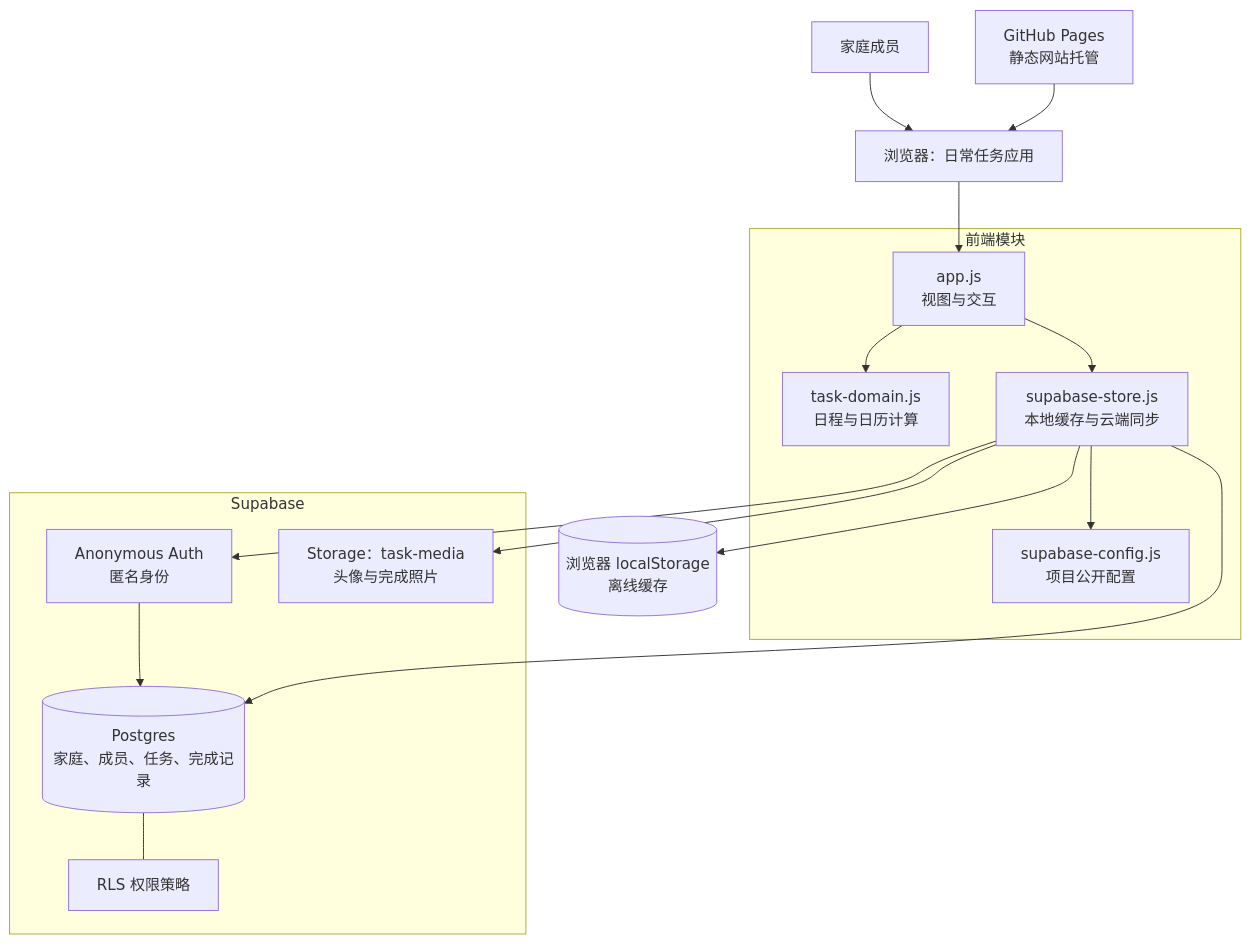
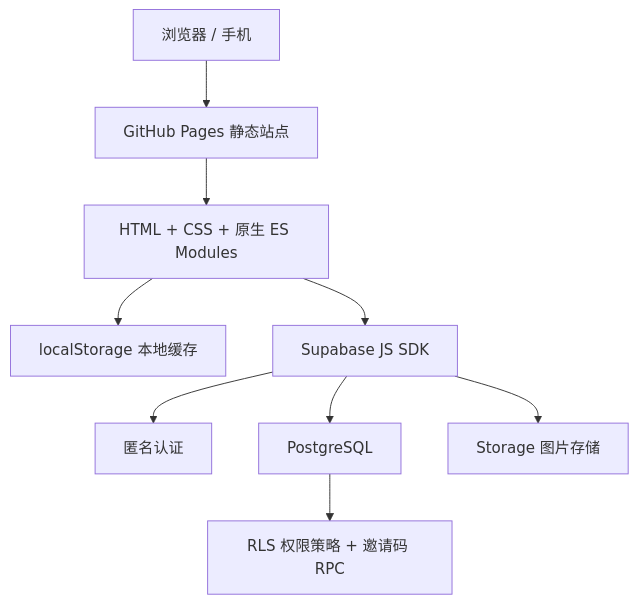
Before and after one commit to antty/daily-task: the diagram in README.md, drawn with Mermaid. The commit also changed other lines of this file, not shown here.

Commit message:
docs: refresh architecture overview

````diff
--- a/README.md
+++ b/README.md
@@ -7,31 +9,11 @@
 ```mermaid
 flowchart TB
-  User[家庭成员] --> Browser[浏览器：日常任务应用]
-  Pages[GitHub Pages\n静态网站托管] --> Browser
-
-  subgraph Frontend[前端模块]
-    App[app.js\n视图与交互]
-    Domain[task-domain.js\n日程与日历计算]
-    Store[supabase-store.js\n本地缓存与云端同步]
-    Config[supabase-config.js\n项目公开配置]
-    App --> Domain
-    App --> Store
-    Store --> Config
-  end
-
-  Browser --> App
-  Store --> Cache[(浏览器 localStorage\n离线缓存)]
-
-  subgraph Supabase[Supabase]
-    Auth[Anonymous Auth\n匿名身份]
-    DB[(Postgres\n家庭、成员、任务、完成记录)]
-    Storage[Storage：task-media\n头像与完成照片]
-    RLS[RLS 权限策略]
-    Auth --> DB
-    DB --- RLS
-  end
-
-  Store --> Auth
-  Store --> DB
-  Store --> Storage
+  U[浏览器 / 手机] --> P[GitHub Pages 静态站点]
+  P --> H[HTML + CSS + 原生 ES Modules]
+  H --> L[localStorage 本地缓存]
+  H --> S[Supabase JS SDK]
+  S --> A[匿名认证]
+  S --> D[PostgreSQL]
+  S --> ST[Storage 图片存储]
+  D --> R[RLS 权限策略 + 邀请码 RPC]
 ```
````
